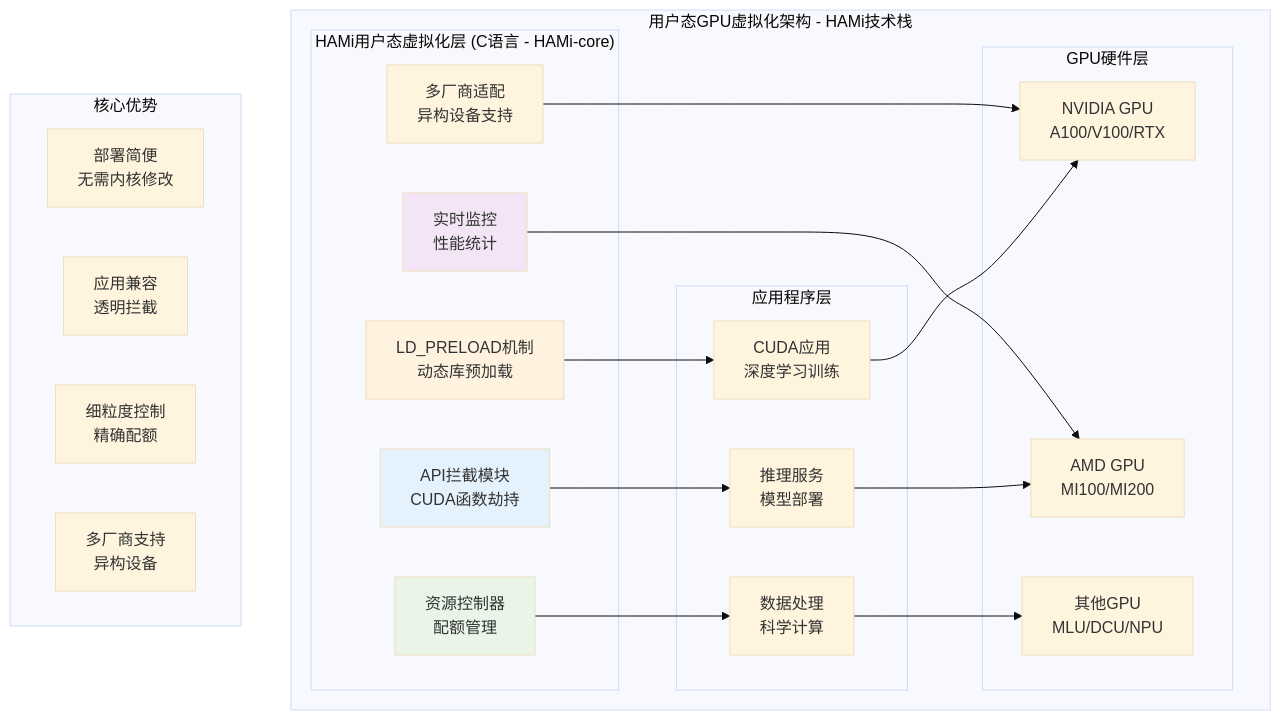
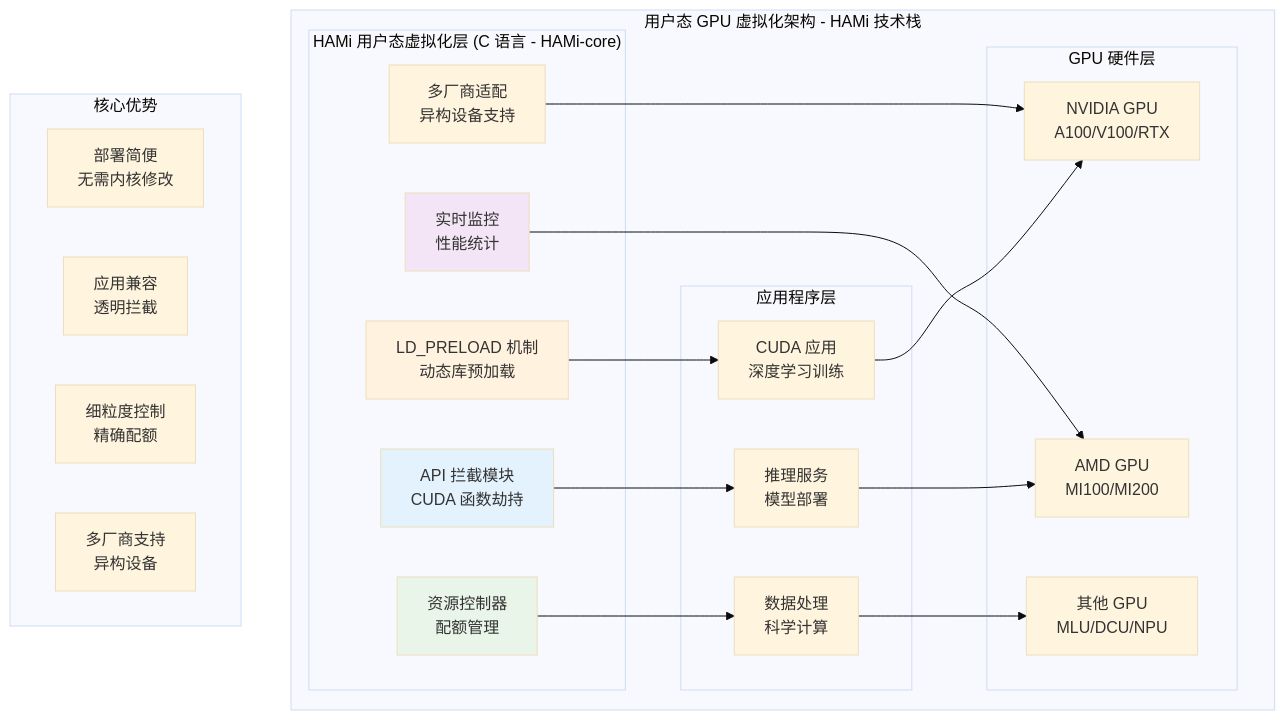
Before and after one commit to ForceInjection/AI-fundamentals: the fourth of 5 diagrams in gpu_manager/第二部分：虚拟化技术篇.md, drawn with Mermaid (base theme). The commit also changed other lines of this file and 4 other files, not shown here.

````diff
--- a/gpu_manager/第二部分：虚拟化技术篇.md
+++ b/gpu_manager/第二部分：虚拟化技术篇.md
@@ -3113,47 +3358,47 @@
 ```mermaid
 graph TB
-    subgraph "用户态GPU虚拟化架构 - HAMi技术栈"
-        subgraph "HAMi用户态虚拟化层 (C语言 - HAMi-core)"
-            LD_PRELOAD["LD_PRELOAD机制<br/>动态库预加载"]
-            API_INTERCEPT["API拦截模块<br/>CUDA函数劫持"]
+    subgraph "用户态 GPU 虚拟化架构 - HAMi 技术栈"
+        subgraph "HAMi 用户态虚拟化层 (C 语言 - HAMi-core)"
+            LD_PRELOAD["LD_PRELOAD 机制<br/>动态库预加载"]
+            API_INTERCEPT["API 拦截模块<br/>CUDA 函数劫持"]
             RESOURCE_CTRL["资源控制器<br/>配额管理"]
             REAL_MONITOR["实时监控<br/>性能统计"]
             MULTI_VENDOR["多厂商适配<br/>异构设备支持"]
         end
         
         subgraph "应用程序层"
-            CUDA_APP["CUDA应用<br/>深度学习训练"]
+            CUDA_APP["CUDA 应用<br/>深度学习训练"]
             INFERENCE["推理服务<br/>模型部署"]
             DATA_PROC["数据处理<br/>科学计算"]
         end
         
-        subgraph "GPU硬件层"
+        subgraph "GPU 硬件层"
             NVIDIA_GPU["NVIDIA GPU<br/>A100/V100/RTX"]
             AMD_GPU["AMD GPU<br/>MI100/MI200"]
-            OTHER_GPU["其他GPU<br/>MLU/DCU/NPU"]
+            OTHER_GPU["其他 GPU<br/>MLU/DCU/NPU"]
         end
     end
     
     subgraph "核心优势"
         ADV1["部署简便<br/>无需内核修改"]
         ADV2["应用兼容<br/>透明拦截"]
         ADV3["细粒度控制<br/>精确配额"]
         ADV4["多厂商支持<br/>异构设备"]
     end
     
     REAL_MONITOR --> AMD_GPU
     MULTI_VENDOR --> NVIDIA_GPU
     
     LD_PRELOAD --> CUDA_APP
     API_INTERCEPT --> INFERENCE
     RESOURCE_CTRL --> DATA_PROC
     
     CUDA_APP --> NVIDIA_GPU
     INFERENCE --> AMD_GPU
     DATA_PROC --> OTHER_GPU
     
     style API_INTERCEPT fill:#e3f2fd
     style RESOURCE_CTRL fill:#e8f5e8
     style LD_PRELOAD fill:#fff3e0
     style REAL_MONITOR fill:#f3e5f5
 ```
````
